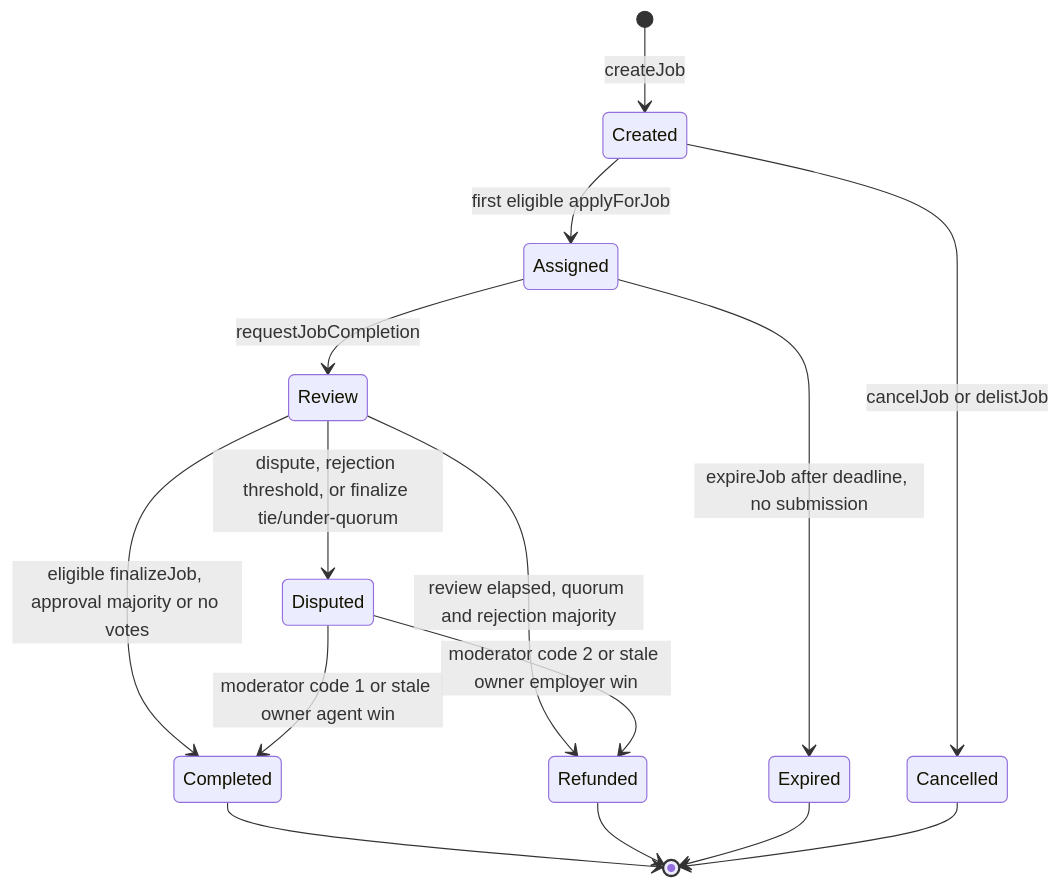
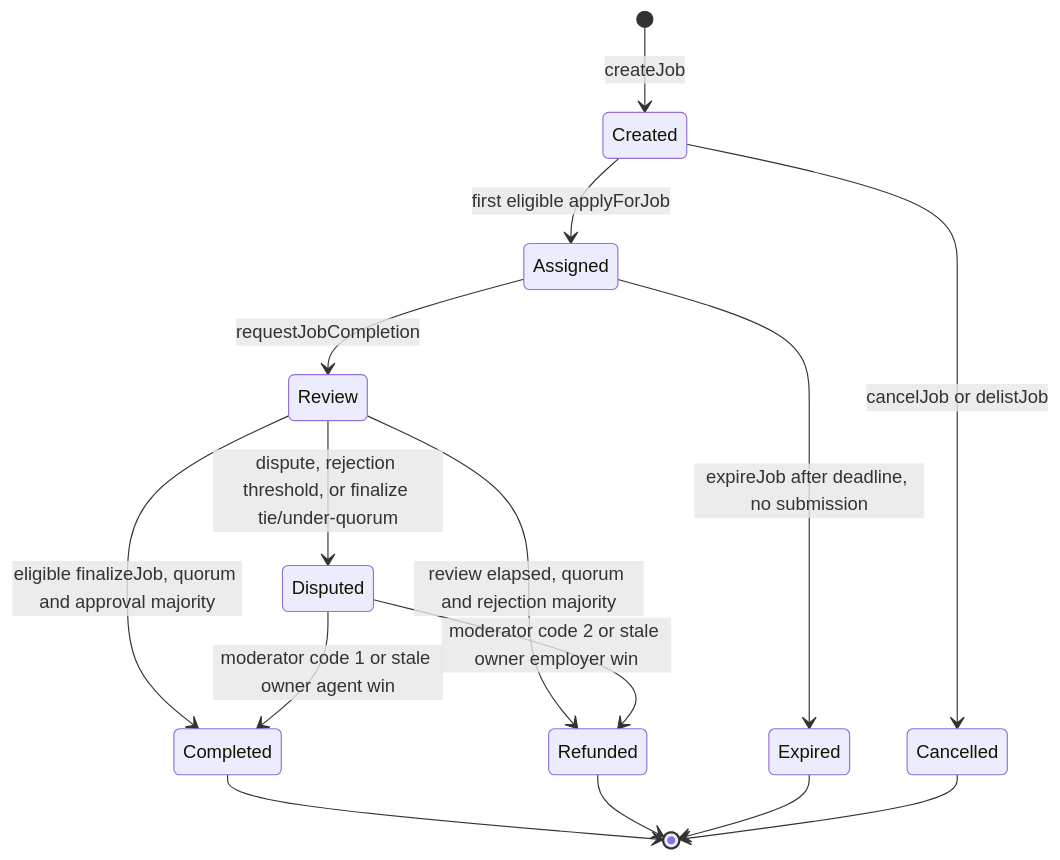
The first of 2 diagrams in docs/CONTRACTS/AGIJobManager.md (MontrealAI/AGIJobManager), drawn with Mermaid before and after one commit. The commit also changed other lines of this file and 190 other files, not shown here.

````diff
--- a/docs/CONTRACTS/AGIJobManager.md
+++ b/docs/CONTRACTS/AGIJobManager.md
@@ -25,17 +25,17 @@
 ```mermaid
 stateDiagram-v2
   [*] --> Created: createJob
   Created --> Assigned: first eligible applyForJob
   Created --> Cancelled: cancelJob or delistJob
   Assigned --> Review: requestJobCompletion
   Assigned --> Expired: expireJob after deadline, no submission
-  Review --> Completed: eligible finalizeJob, approval majority or no votes
+  Review --> Completed: eligible finalizeJob, quorum and approval majority
   Review --> Refunded: review elapsed, quorum and rejection majority
   Review --> Disputed: dispute, rejection threshold, or finalize tie/under-quorum
   Disputed --> Completed: moderator code 1 or stale owner agent win
   Disputed --> Refunded: moderator code 2 or stale owner employer win
   Completed --> [*]
   Refunded --> [*]
   Expired --> [*]
   Cancelled --> [*]
 ```
````
